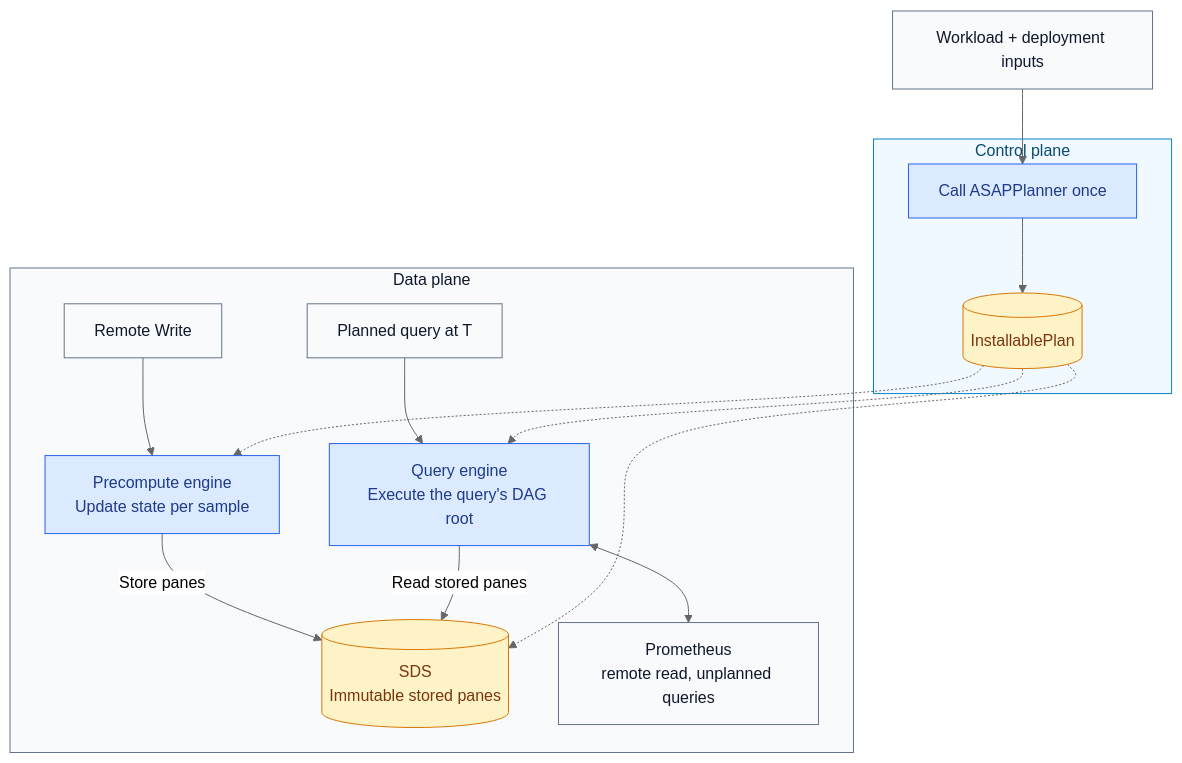
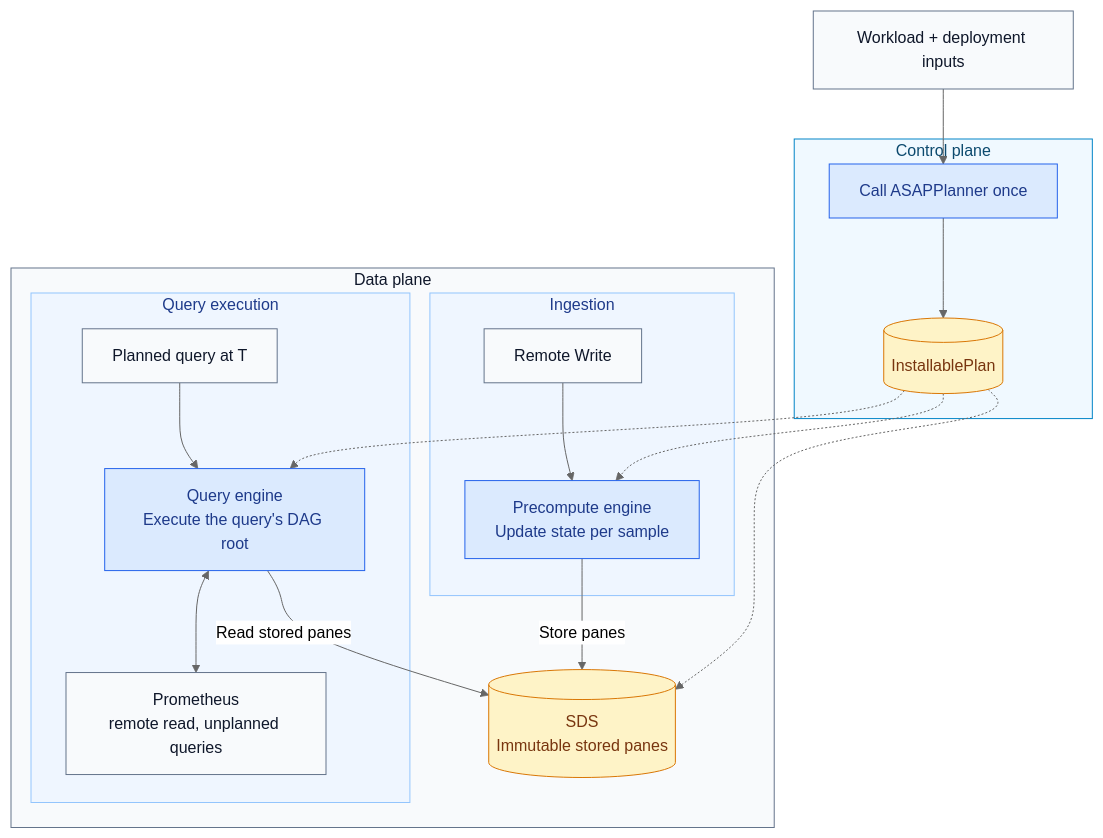
Before and after one commit to ProjectASAP/ASAPQuery-backend: the diagram in docs/design/backend-on-planner-physical-dag.md, drawn with Mermaid (neutral theme).

Commit message:
docs: group ingestion left and query execution right

````diff
--- a/docs/design/backend-on-planner-physical-dag.md
+++ b/docs/design/backend-on-planner-physical-dag.md
@@ -11,27 +11,33 @@
 ```mermaid
 flowchart TB
   W[Workload + deployment inputs] --> PL
   subgraph CP[Control plane]
     PL[Call ASAPPlanner once] --> P[(InstallablePlan)]
   end
   subgraph DP[Data plane]
-    RW[Remote Write] --> PE[Precompute engine<br/>Update state per sample]
+    subgraph ING[Ingestion]
+      RW[Remote Write] --> PE[Precompute engine<br/>Update state per sample]
+    end
+    subgraph QUERY[Query execution]
+      Q[Planned query at T] --> QE[Query engine<br/>Execute the query's DAG root]
+      QE <--> PROM[Prometheus<br/>remote read, unplanned queries]
+    end
     PE -->|Store panes| SDS[(SDS<br/>Immutable stored panes)]
-    Q[Planned query at T] --> QE[Query engine<br/>Execute the query's DAG root]
     QE -->|Read stored panes| SDS
-    QE <--> PROM[Prometheus<br/>remote read, unplanned queries]
   end
 
   P -.-> PE
+  P -.-> QE
   P -.-> SDS
-  P -.-> QE
 
   classDef input fill:#f8fafc,stroke:#64748b,color:#0f172a
   classDef engine fill:#dbeafe,stroke:#2563eb,color:#1e3a8a
   classDef storage fill:#fef3c7,stroke:#d97706,color:#78350f
   class W,RW,Q,PROM input
   class PL,PE,QE engine
   class P,SDS storage
   style CP fill:#f0f9ff,stroke:#0284c7,color:#0c4a6e
   style DP fill:#f8fafc,stroke:#64748b,color:#0f172a
+  style ING fill:#eff6ff,stroke:#93c5fd,color:#1e3a8a
+  style QUERY fill:#eff6ff,stroke:#93c5fd,color:#1e3a8a
 ```
````
